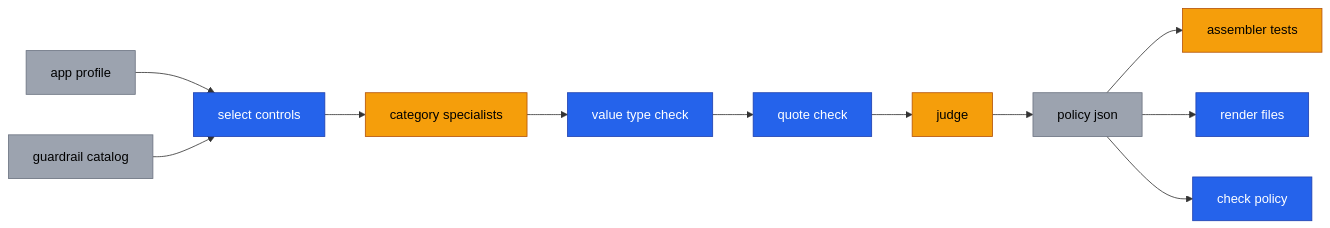
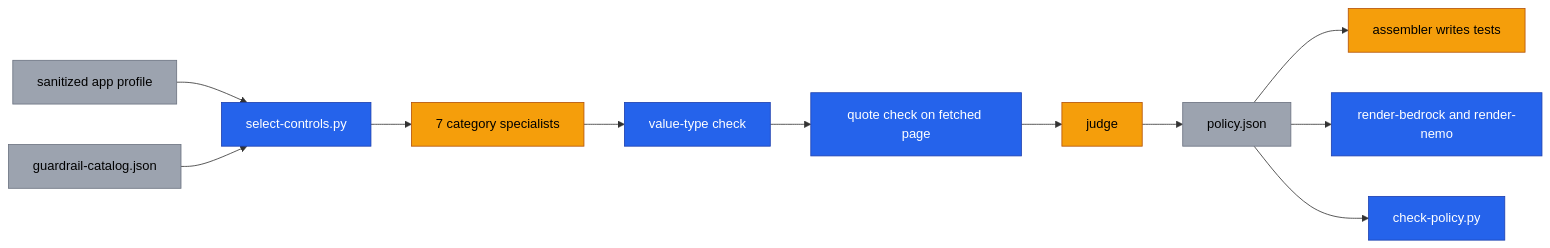
The diagram in README.md (arifbazli/docker-agent-prisma-cortex), drawn with Mermaid before and after one commit. The commit also changed other lines of this file and 1 other file, not shown here.

Commit message:
fix: make README Mermaid diagram parse cleanly on GitHub; add mermaid syntax tests

````diff
--- a/README.md
+++ b/README.md
@@ -46,32 +46,20 @@
 ```mermaid
 flowchart LR
-    Profile[app profile]
-    Catalog[guardrail catalog]
-    Select[select controls]
-    Spec[category specialists]
-    Values[value type check]
-    Quote[quote check]
-    Judge[judge]
-    Policy[policy json]
-    Asm[assembler tests]
-    Render[render files]
-    Check[check policy]
+    Profile[sanitized app profile] --> Select[select-controls.py]
+    Catalog[guardrail-catalog.json] --> Select
+    Select --> Spec[7 category specialists]
+    Spec --> Values[value-type check]
+    Values --> Quote[quote check on fetched page]
+    Quote --> Judge[judge]
+    Judge --> Policy[policy.json]
+    Policy --> Asm[assembler writes tests]
+    Policy --> Render[render-bedrock and render-nemo]
+    Policy --> Check[check-policy.py]
 
-    Profile --> Select
-    Catalog --> Select
-    Select --> Spec
-    Spec --> Values
-    Values --> Quote
-    Quote --> Judge
-    Judge --> Policy
-    Policy --> Asm
-    Policy --> Render
-    Policy --> Check
-
+    classDef data fill:#9ca3af,color:#000,stroke:#6b7280
     classDef script fill:#2563eb,color:#fff,stroke:#1e40af
     classDef ai fill:#f59e0b,color:#000,stroke:#b45309
-    classDef data fill:#9ca3af,color:#000,stroke:#6b7280
+    class Profile,Catalog,Policy data
     class Select,Values,Quote,Render,Check script
     class Spec,Judge,Asm ai
-    class Profile,Catalog,Policy data
 ```
````
